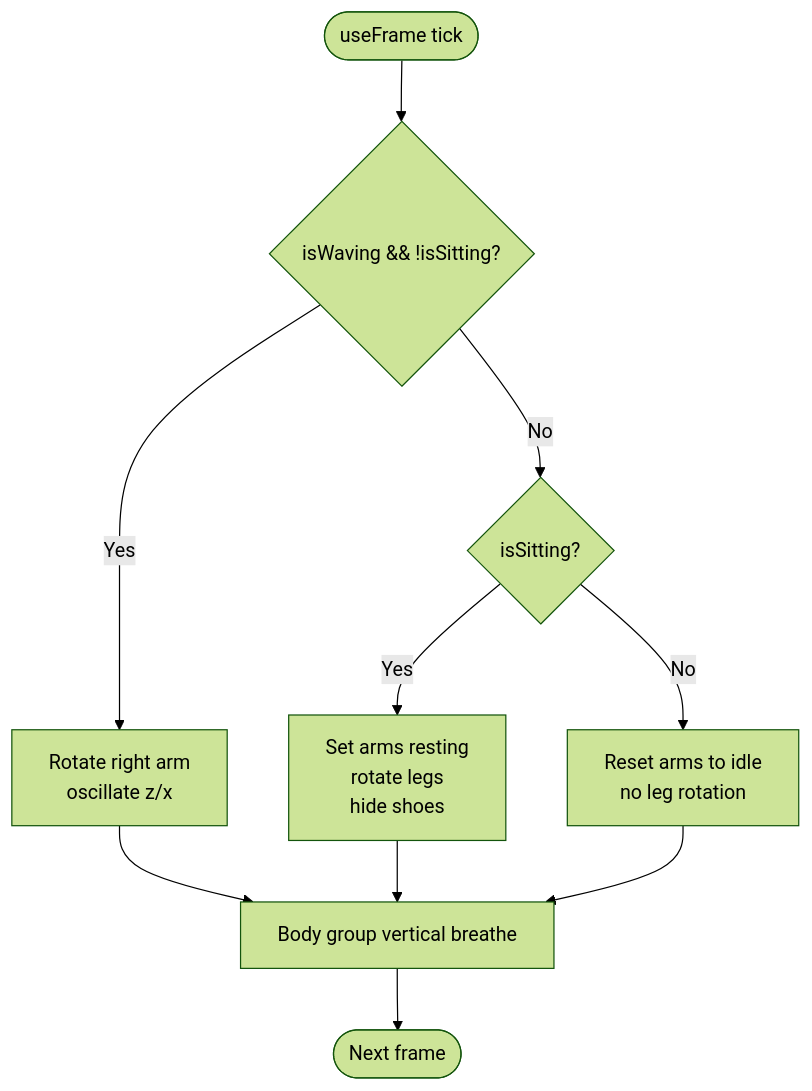
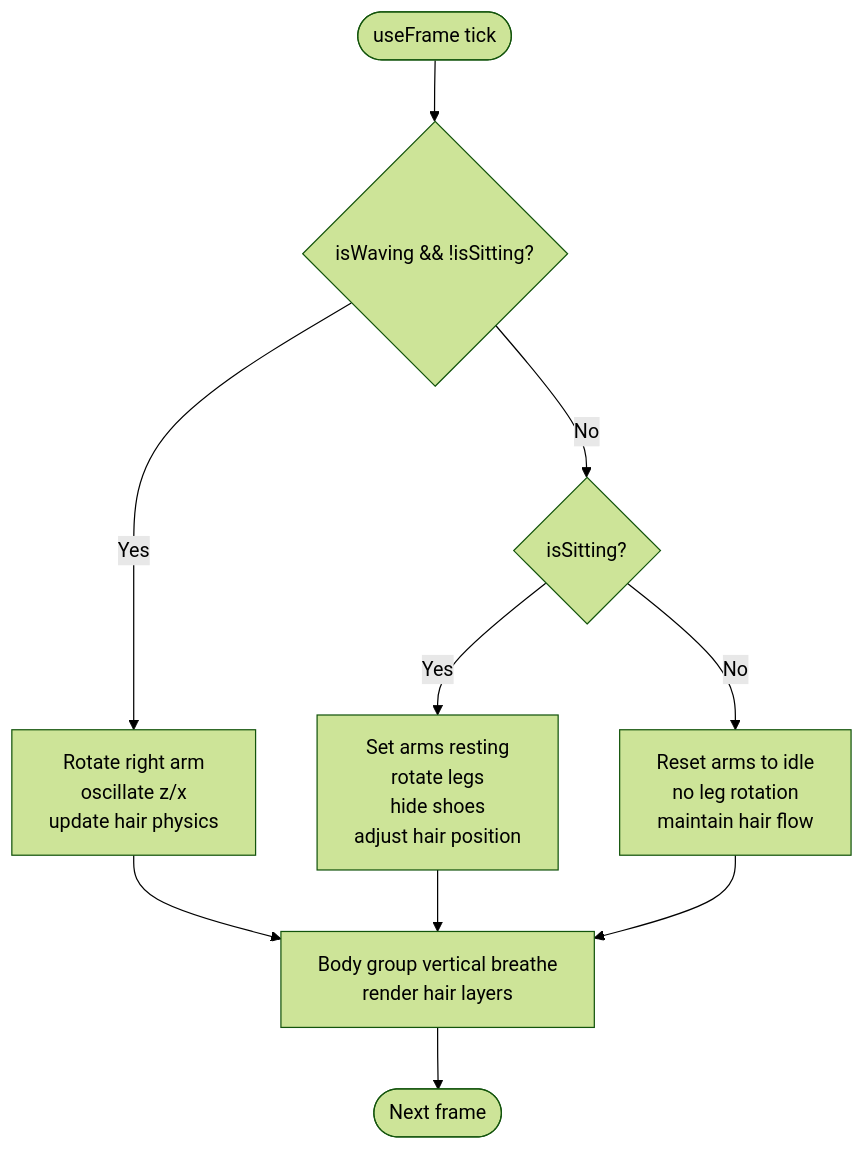
Before and after one commit to emaanfatima312005-wq/emaan-portfolio: the third of 5 diagrams in .qoder/repowiki/en/content/3D Scene System/Character System.md, drawn with Mermaid (forest theme). The commit also changed other lines of this file and 9 other files, not shown here.

````diff
--- a/.qoder/repowiki/en/content/3D Scene System/Character System.md
+++ b/.qoder/repowiki/en/content/3D Scene System/Character System.md
@@ -121,12 +136,12 @@
 ```mermaid
 flowchart TD
 Start(["useFrame tick"]) --> CheckState{"isWaving && !isSitting?"}
-CheckState --> |Yes| Wave["Rotate right arm<br/>oscillate z/x"]
+CheckState --> |Yes| Wave["Rotate right arm<br/>oscillate z/x<br/>update hair physics"]
 CheckState --> |No| IsSitting{"isSitting?"}
-IsSitting --> |Yes| Sit["Set arms resting<br/>rotate legs<br/>hide shoes"]
-IsSitting --> |No| Idle["Reset arms to idle<br/>no leg rotation"]
-Wave --> Breathing["Body group vertical breathe"]
+IsSitting --> |Yes| Sit["Set arms resting<br/>rotate legs<br/>hide shoes<br/>adjust hair position"]
+IsSitting --> |No| Idle["Reset arms to idle<br/>no leg rotation<br/>maintain hair flow"]
+Wave --> Breathing["Body group vertical breathe<br/>render hair layers"]
 Sit --> Breathing
 Idle --> Breathing
 Breathing --> End(["Next frame"])
 ```
````
